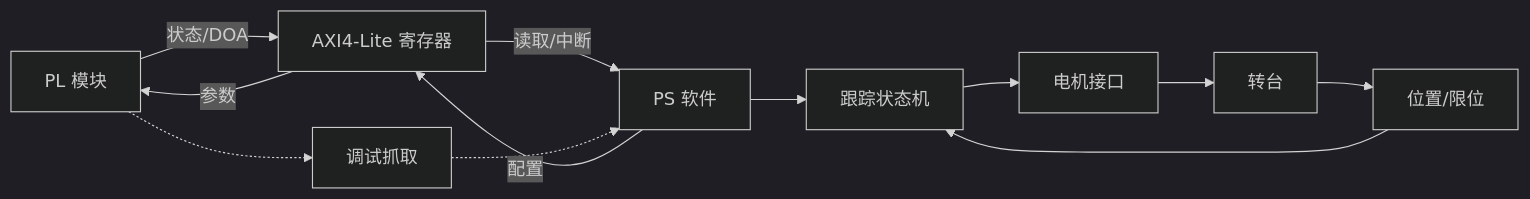
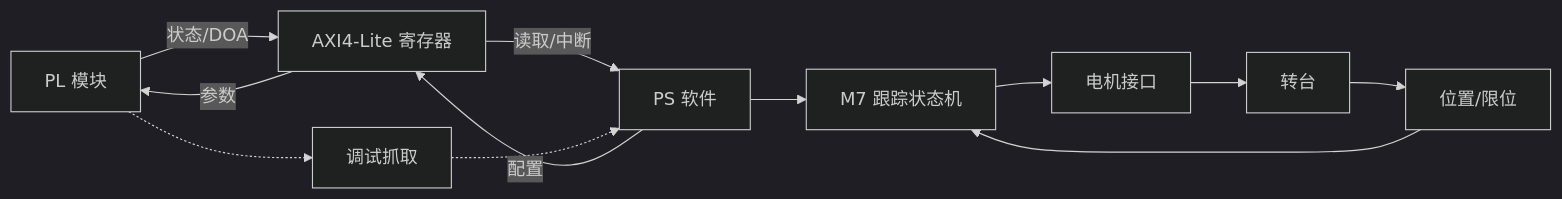
Before and after one commit to TophBeifong1744/Competition_fpga: the sixth of 6 diagrams in docs/engineering-flow.md, drawn with Mermaid (dark theme). The commit also changed other lines of this file and 16 other files, not shown here.

````diff
--- a/docs/engineering-flow.md
+++ b/docs/engineering-flow.md
@@ -93,14 +103,14 @@
 ```mermaid
 flowchart LR
     PL[PL 模块] -->|状态/DOA| REG[AXI4-Lite 寄存器]
     REG -->|读取/中断| PS[PS 软件]
     PS -->|配置| REG
     REG -->|参数| PL
-    PS --> TRACK[跟踪状态机]
+    PS --> TRACK[M7 跟踪状态机]
     TRACK --> MOTOR[电机接口]
     MOTOR --> TABLE[转台]
     TABLE --> POS[位置/限位]
     POS --> TRACK
     PL -.-> CAP[调试抓取]
     CAP -.-> PS
 ```
````
